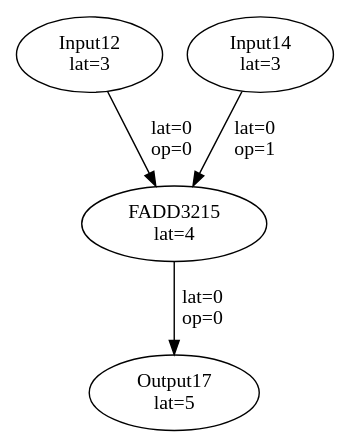
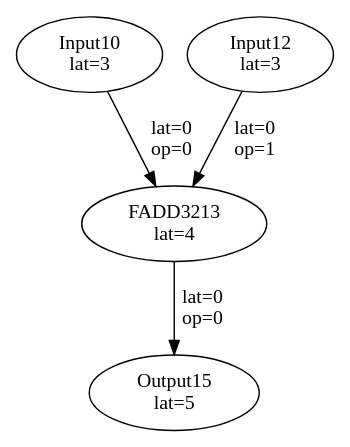
Before and after one commit to MIONkb/cgrv-opt: the diagram in experiments/EasyMLIRCall/tempfiles/mapped_dfg.dot, drawn with Graphviz. The commit also changed 652 other files, not shown here.

```diff
--- a/experiments/EasyMLIRCall/tempfiles/mapped_dfg.dot
+++ b/experiments/EasyMLIRCall/tempfiles/mapped_dfg.dot
@@ -1,9 +1,9 @@
 Digraph G {
+"Input10"[label = "\N\nlat=3"];
 "Input12"[label = "\N\nlat=3"];
-"Input14"[label = "\N\nlat=3"];
-"FADD3215"[label = "\N\nlat=4"];
-"Input12"->"FADD3215"[label = "lat=0\nop=0"];
-"Input14"->"FADD3215"[label = "lat=0\nop=1"];
-"Output17"[label = "\N\nlat=5"];
-"FADD3215"->"Output17"[label = "lat=0\nop=0"];
+"FADD3213"[label = "\N\nlat=4"];
+"Input10"->"FADD3213"[label = "lat=0\nop=0"];
+"Input12"->"FADD3213"[label = "lat=0\nop=1"];
+"Output15"[label = "\N\nlat=5"];
+"FADD3213"->"Output15"[label = "lat=0\nop=0"];
 }
```
